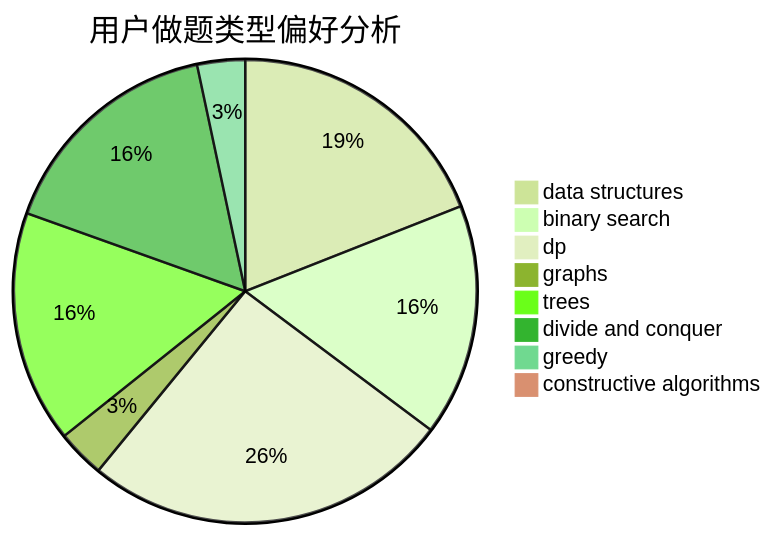
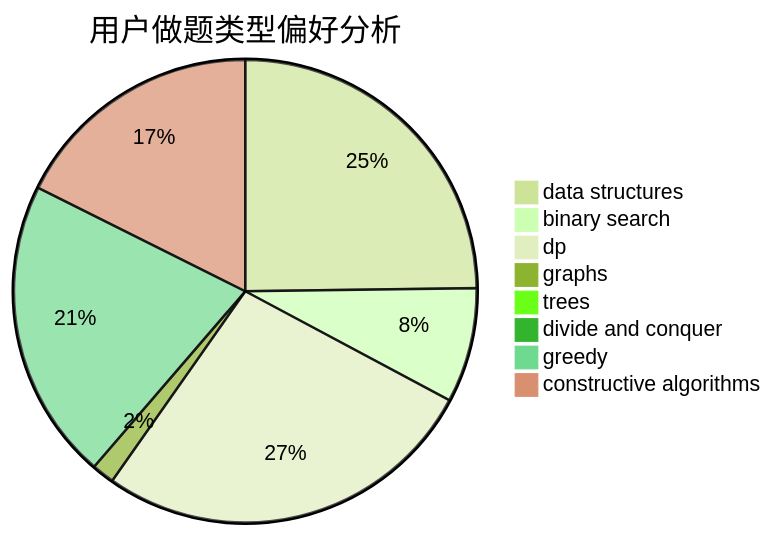
The second of 3 diagrams in docs/user/u692.md (sherpahu/cfrs.github.io), drawn with Mermaid (forest theme) before and after one commit. The commit also changed other lines of this file and 2770 other files, not shown here.

````diff
--- a/docs/user/u692.md
+++ b/docs/user/u692.md
@@ -23,11 +23,11 @@
 ```mermaid
 pie title 用户做题类型偏好分析
-    "data structures" :  74
-    "binary search" :  63
-    "dp" :  100
-    "graphs" :  13
-    "trees" :  63
-    "divide and conquer" :  63
-    "greedy" :  13
-    "constructive algorithms" :  3
+    "data structures" :  173
+    "binary search" :  56
+    "dp" :  188
+    "graphs" :  11
+    "trees" :  5
+    "divide and conquer" :  0
+    "greedy" :  147
+    "constructive algorithms" :  123
 ```
````
